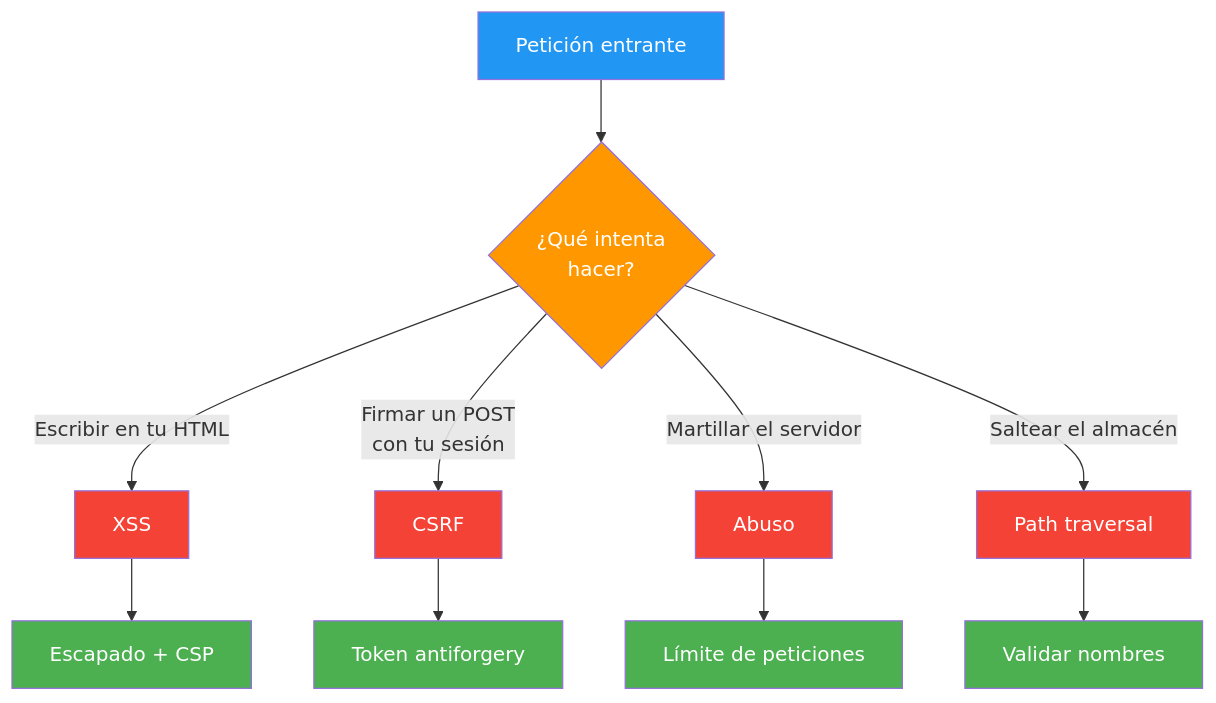
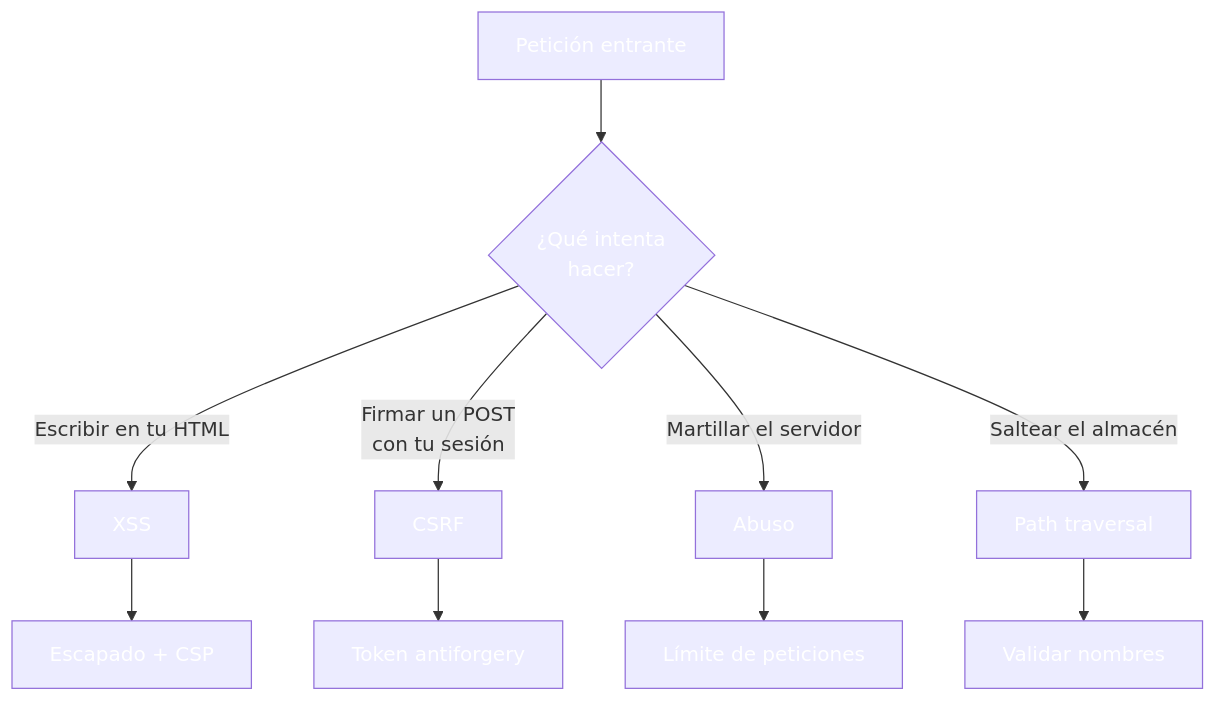
The second of 2 diagrams in 15-validaciones-seguridad.md (joseluisgs/DesarrolloWebEntornosServidor-03-2026-2027), drawn with Mermaid before and after one commit. The commit also changed other lines of this file and 30 other files, not shown here.

````diff
--- a/15-validaciones-seguridad.md
+++ b/15-validaciones-seguridad.md
@@ -204,22 +204,22 @@
 ```mermaid
 graph TD
     A["Petición entrante"] --> B{"¿Qué intenta<br/>hacer?"}
     B -->|"Escribir en tu HTML"| C["XSS"]
     B -->|"Firmar un POST<br/>con tu sesión"| D["CSRF"]
     B -->|"Martillar el servidor"| E["Abuso"]
     B -->|"Saltear el almacén"| F["Path traversal"]
     C --> G["Escapado + CSP"]
     D --> H["Token antiforgery"]
     E --> I["Límite de peticiones"]
     F --> J["Validar nombres"]
-    style A fill:#2196F3,color:#fff
-    style B fill:#FF9800,color:#fff
-    style C fill:#f44336,color:#fff
-    style D fill:#f44336,color:#fff
-    style E fill:#f44336,color:#fff
-    style F fill:#f44336,color:#fff
-    style G fill:#4CAF50,color:#fff
-    style H fill:#4CAF50,color:#fff
-    style I fill:#4CAF50,color:#fff
-    style J fill:#4CAF50,color:#fff
+    style A fill:#2196F,color:#fff3,color:#fff
+    style B fill:#FF980,color:#fff0,color:#fff
+    style C fill:#f4433,color:#fff6,color:#fff
+    style D fill:#f4433,color:#fff6,color:#fff
+    style E fill:#f4433,color:#fff6,color:#fff
+    style F fill:#f4433,color:#fff6,color:#fff
+    style G fill:#4CAF5,color:#fff0,color:#fff
+    style H fill:#4CAF5,color:#fff0,color:#fff
+    style I fill:#4CAF5,color:#fff0,color:#fff
+    style J fill:#4CAF5,color:#fff0,color:#fff
 ```
````
